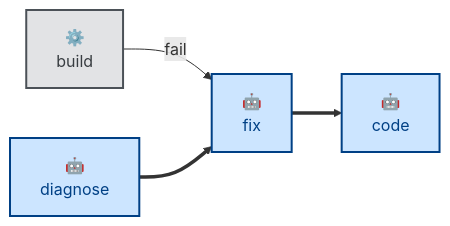
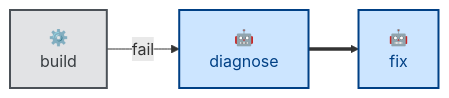
The diagram in skills/fix/README.md (kieranpotts/skills), drawn with Mermaid before and after one commit. The commit also changed other lines of this file and 21 other files, not shown here.

````diff
--- a/skills/fix/README.md
+++ b/skills/fix/README.md
@@ -54,18 +31,16 @@
 ```mermaid
 flowchart LR
   %% Node labels and classes.
   build["⚙️<br/>build"]:::scripted
   diagnose["🤖<br/>diagnose"]:::agentic
   fix["🤖<br/>fix"]:::agentic
-  code["🤖<br/>code"]:::agentic
 
   %% Main workflow sequence.
-  build -- fail --> fix
+  build -- fail --> diagnose
   diagnose ==> fix
-  fix ==> code
 
   %% Class definitions.
   classDef agentic fill:#cce5ff,stroke:#004085,color:#004085,stroke-width:2px
   classDef scripted fill:#e2e3e5,stroke:#4b5157,color:#383d41,stroke-width:2px
   classDef anthropic fill:#fff3cd,stroke:#856404,color:#856404,stroke-width:1px,stroke-dasharray:2 3
 ```
````
